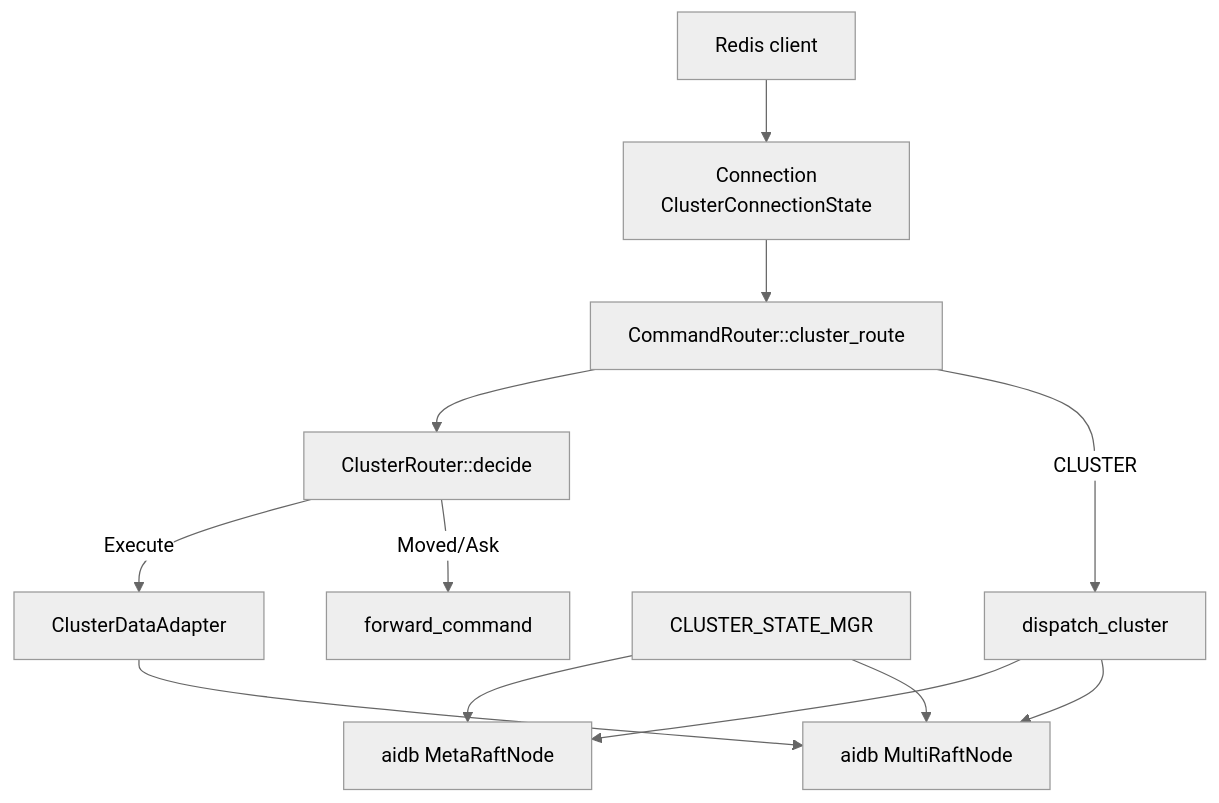
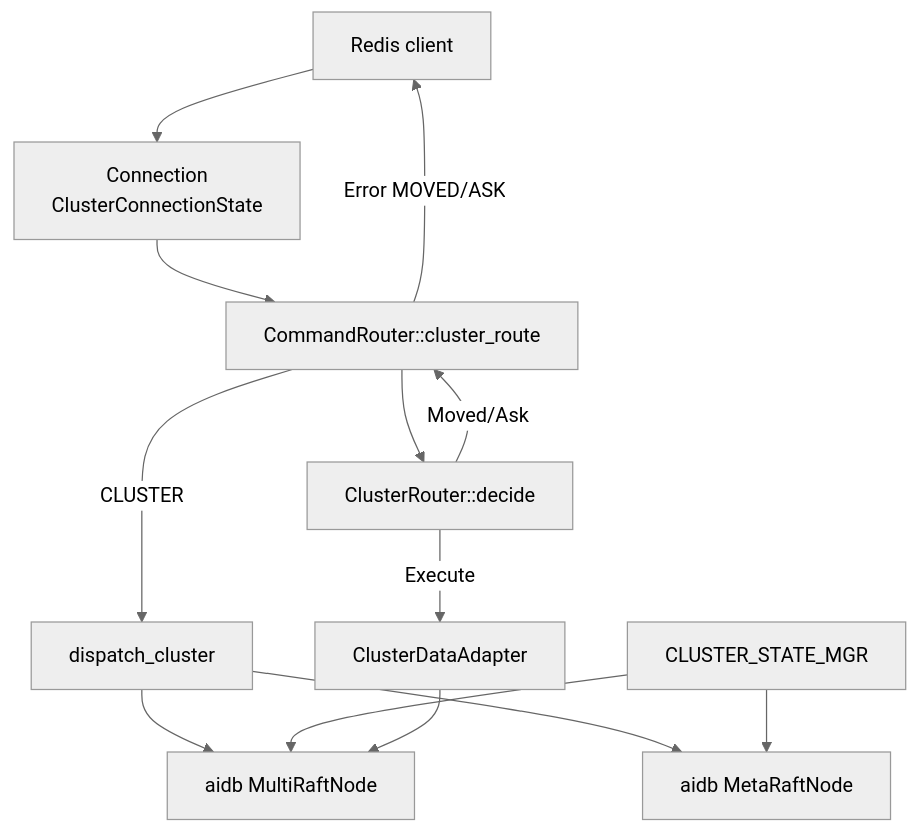
The first of 2 diagrams in docs/modules/cluster.md (Genuineh/AiKv), drawn with Mermaid (neutral theme) before and after one commit. The commit also changed other lines of this file and 23 other files, not shown here.

First line of the commit message:
feat(cluster,info): align MOVED/ASK and INFO 8.8 with Redis 8.8

````diff
--- a/docs/modules/cluster.md
+++ b/docs/modules/cluster.md
@@ -35,24 +35,24 @@
 ```mermaid
 flowchart TB
   CLI["Redis client"]
   Conn["Connection\nClusterConnectionState"]
   CR["CommandRouter::cluster_route"]
   DEC["ClusterRouter::decide"]
-  FWD["forward_command"]
   DIS["dispatch_cluster"]
   CSM["CLUSTER_STATE_MGR"]
   MR["aidb MetaRaftNode"]
   MRN["aidb MultiRaftNode"]
   CDA["ClusterDataAdapter"]
 
   CLI --> Conn --> CR
   CR --> DEC
   DEC -->|Execute| CDA
-  DEC -->|Moved/Ask| FWD
+  DEC -->|Moved/Ask| CR
+  CR -->|Error MOVED/ASK| CLI
   CR -->|CLUSTER| DIS
   DIS --> MR
   DIS --> MRN
   CSM --> MR
   CSM --> MRN
   CDA --> MRN
 ```
````
